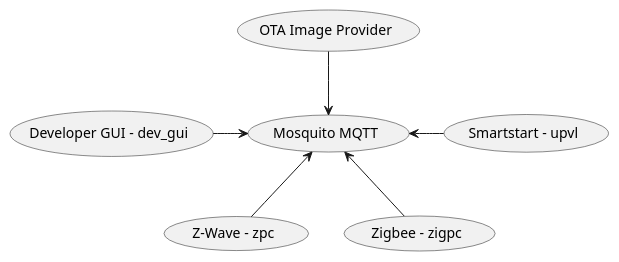
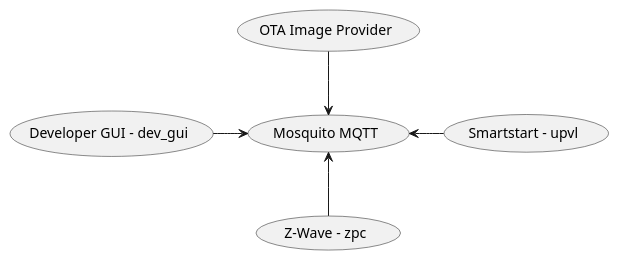
One commit to SiliconLabs/UnifySDK changed the diagram in doc/assets/img/overview.plantuml. Above: the diagram before and after it, drawn with PlantUML. The commit also changed 15717 other files, not shown here.

```diff
--- a/doc/assets/img/overview.plantuml
+++ b/doc/assets/img/overview.plantuml
@@ -2,15 +2,13 @@
 @startuml SDKOverview
 (Mosquito MQTT) as mqtt
 (Smartstart - upvl) as upvl
 (Z-Wave - zpc) as zpc
-(Zigbee - zigpc) as zigpc
 (OTA Image Provider) as image_provider
 
 (zpc) -u-> (mqtt)
-(zigpc) -u-> (mqtt)
 (image_provider) -d-> (mqtt)
 
 (upvl) -l-> (mqtt)
 (Developer GUI - dev_gui) -r-> (mqtt)
 
 @enduml
```
